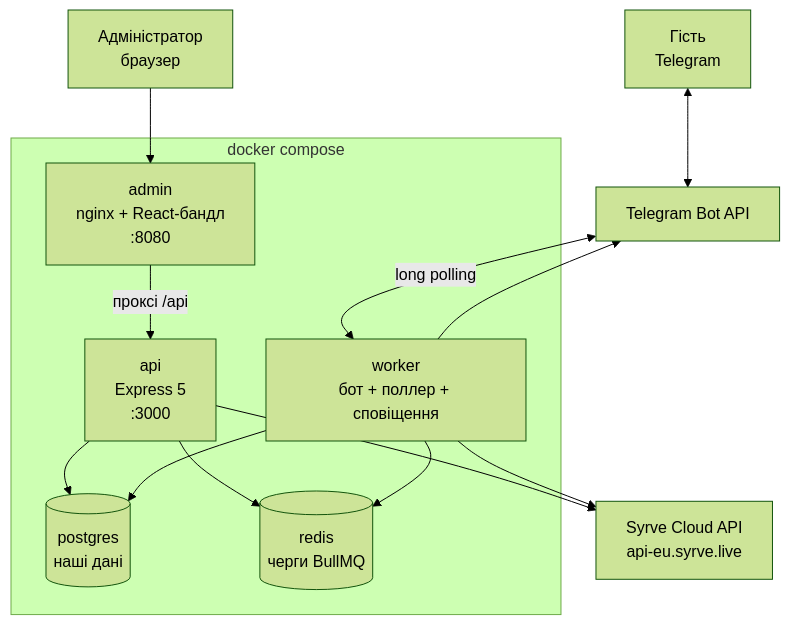
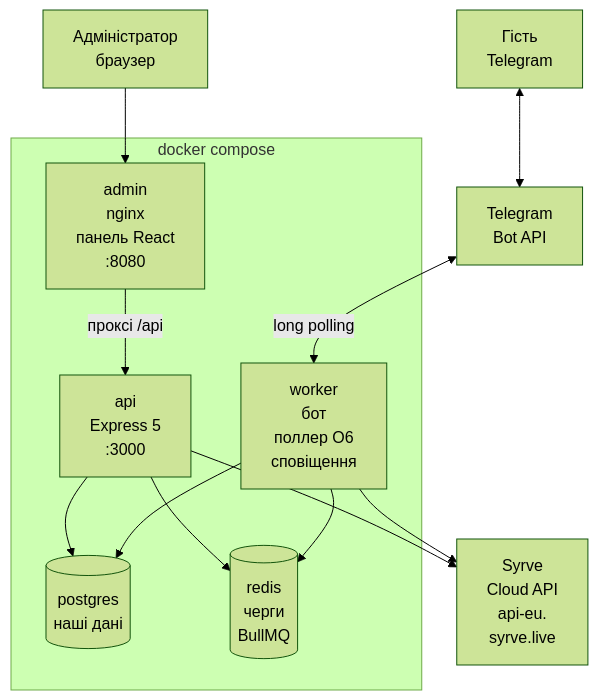
The first of 2 diagrams in ARCHITECTURE.md (hrezolit83/syrve-loyalty), drawn with Mermaid (forest theme) before and after one commit.

Commit message:
docs: читабельні підписи діаграм в ARCHITECTURE
У вузькому прев'ю довгі підписи першої схеми обрізалися або рвалися
навпіл: «nginx + React-бандл» ставало «nginx + React-» / «бандл»,
«бот + поллер + сповіщення» — «бот + поллер +» / «сповіщення».

Підписи розбито на короткі рядки через <br/>, не довше ~14 символів:
admin, worker, redis, Syrve Cloud API і Telegram Bot API. Домен
розірвано по крапці («api-eu.» / «syrve.live») — так рядок читається,
на відміну від переносу всередині слова.

Прибрано дубль стрілки worker → tg: зв'язок уже описано двосторонньою
tg <--> worker із підписом «long polling», і на схемі до Telegram
Bot API вели дві лінії замість однієї.

Перевірено рендером у PNG через mermaid-cli: перша схема звузилася з
1348 до 902 px (саме ширина й давала обрізання у вузькому прев'ю),
жоден підпис не обрізано й не розірвано дефісом.

Другу схему теж відрендерив — вона ширша (1568 px), але нічого не
ховається: довгі підписи повідомлень уміщаються між лініями учасників.
Тому не чіпав, щоб не псувати точні назви полів і методів.

````diff
--- a/ARCHITECTURE.md
+++ b/ARCHITECTURE.md
@@ -5,30 +5,29 @@
 ```mermaid
 flowchart TB
     guest["Гість<br/>Telegram"]
     admin_user["Адміністратор<br/>браузер"]
 
     subgraph docker["docker compose"]
-        nginx["admin<br/>nginx + React-бандл<br/>:8080"]
+        nginx["admin<br/>nginx<br/>панель React<br/>:8080"]
         api["api<br/>Express 5<br/>:3000"]
-        worker["worker<br/>бот + поллер + сповіщення"]
+        worker["worker<br/>бот<br/>поллер О6<br/>сповіщення"]
         pg[("postgres<br/>наші дані")]
-        redis[("redis<br/>черги BullMQ")]
+        redis[("redis<br/>черги<br/>BullMQ")]
     end
 
-    syrve["Syrve Cloud API<br/>api-eu.syrve.live"]
-    tg["Telegram Bot API"]
+    syrve["Syrve<br/>Cloud API<br/>api-eu.<br/>syrve.live"]
+    tg["Telegram<br/>Bot API"]
 
     admin_user --> nginx
     nginx -->|"проксі /api"| api
     guest <--> tg
     tg <-->|"long polling"| worker
 
     api --> pg
     api --> redis
     api --> syrve
 
     worker --> pg
     worker --> redis
     worker --> syrve
-    worker --> tg
 ```
````
